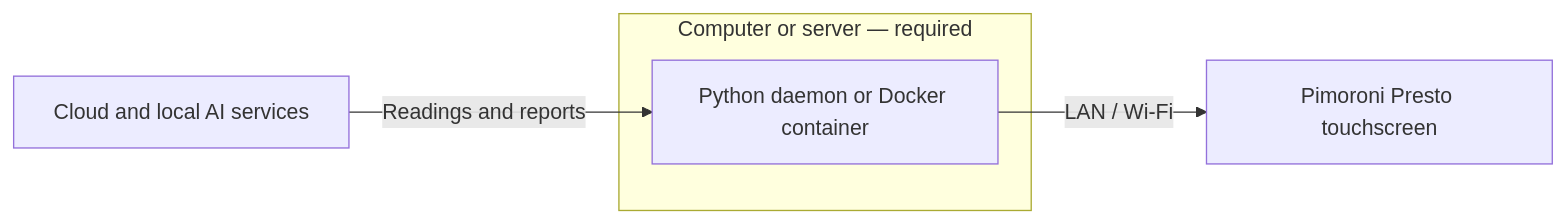
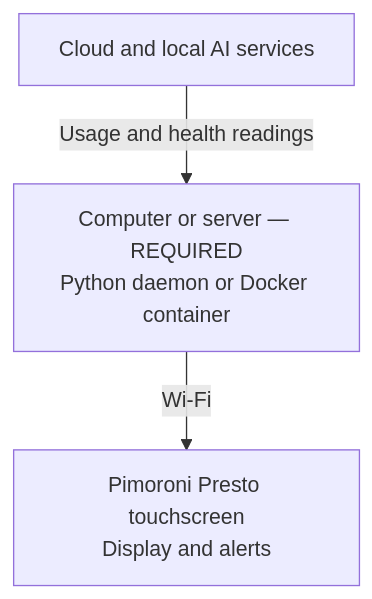
One commit to jake1164/presto-ai-dash changed the diagram in README.md. Above: the diagram before and after it, drawn with Mermaid. The commit also changed other lines of this file, not shown here.

Commit message:
docs: simplify architecture diagram and balance support buttons

````diff
--- a/README.md
+++ b/README.md
@@ -26,8 +26,6 @@
 ```mermaid
-flowchart LR
-    S["Cloud and local AI services"] -->|"Readings and reports"| D
-    subgraph H["Computer or server — required"]
-        D["Python daemon or Docker container"]
-    end
-    D -->|"LAN / Wi-Fi"| P["Pimoroni Presto touchscreen"]
+flowchart TB
+    S["Cloud and local AI services"] -->|"Usage and health readings"| D
+    D["Computer or server — REQUIRED<br/>Python daemon or Docker container"]
+    D -->|"Wi-Fi"| P["Pimoroni Presto touchscreen<br/>Display and alerts"]
 ```
````
